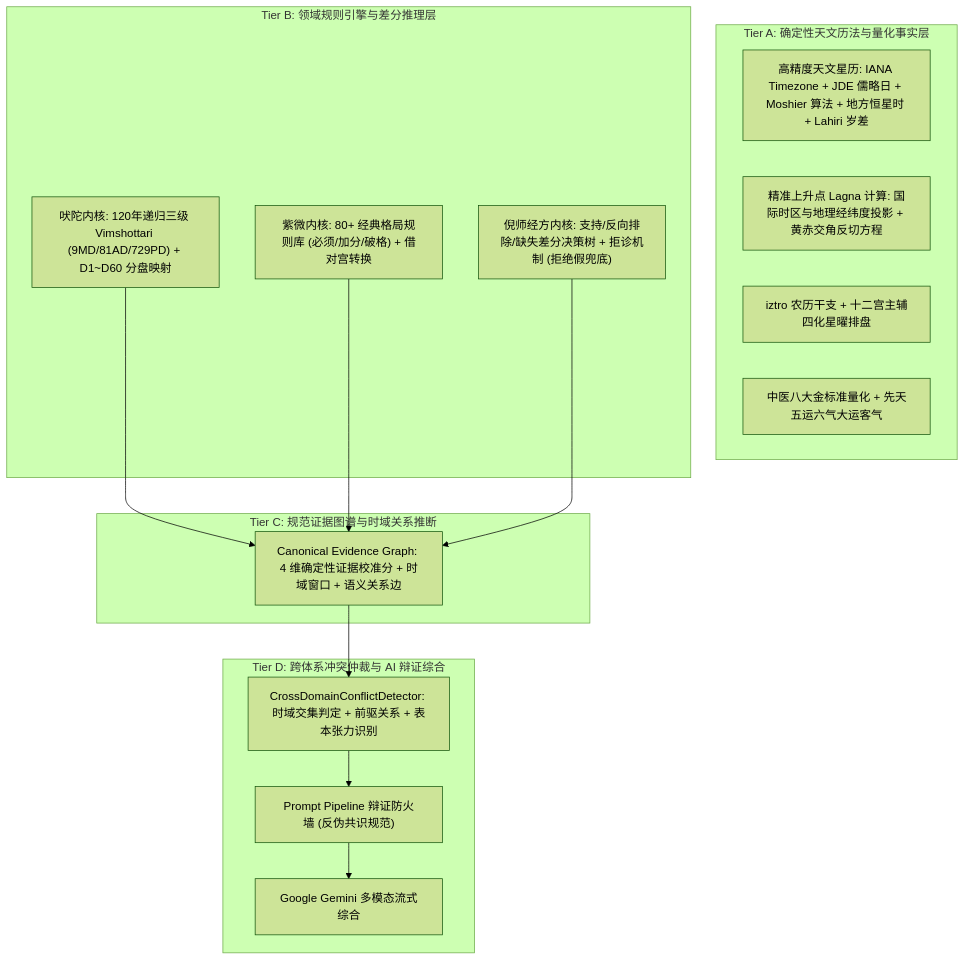
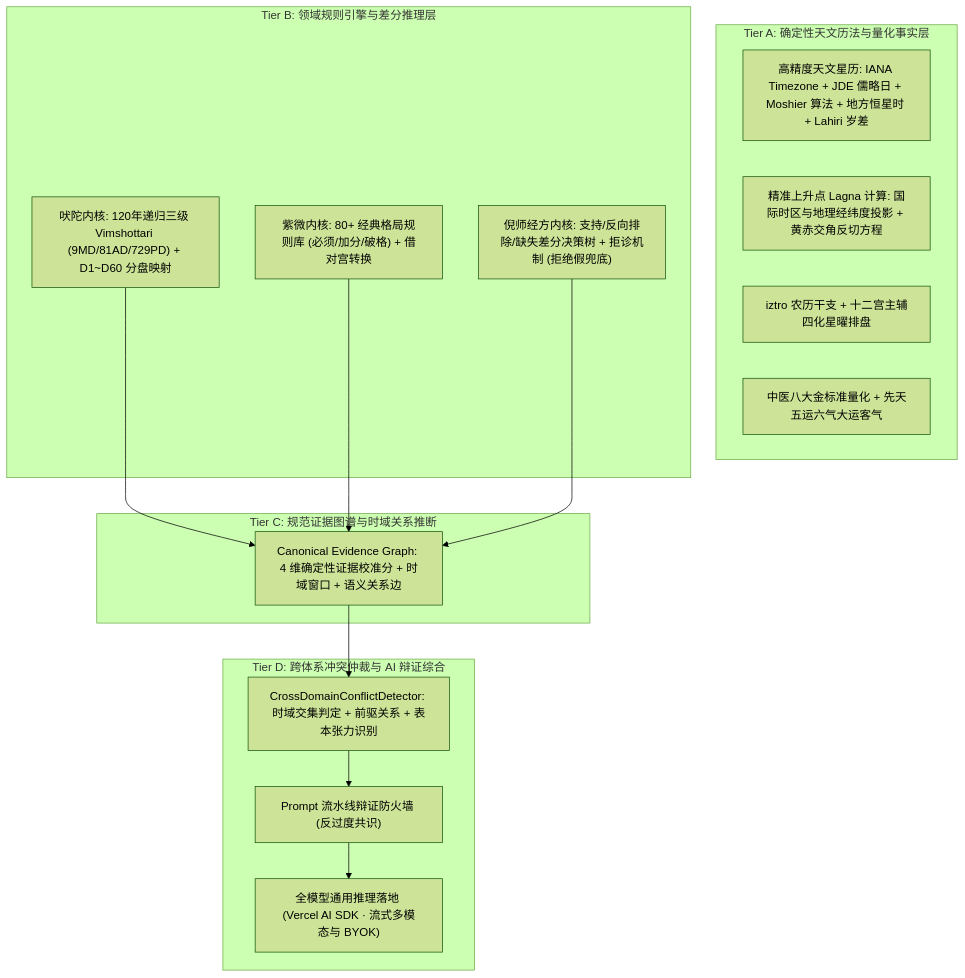
One commit to MeiSiristhebest/mystic changed the diagram in README_zh.md. Above: the diagram before and after it, drawn with Mermaid (forest theme). The commit also changed other lines of this file and 1 other file, not shown here.

Commit message:
docs(readme): update multi-model architecture, diagrams and environment setup

````diff
--- a/README_zh.md
+++ b/README_zh.md
@@ -81,29 +81,29 @@
 ```mermaid
 graph TD
     subgraph Layer1 [Tier A: 确定性天文历法与量化事实层]
         Ephem["高精度天文星历: IANA Timezone + JDE 儒略日 + Moshier 算法 + 地方恒星时 + Lahiri 岁差"]
         Asc["精准上升点 Lagna 计算: 国际时区与地理经纬度投影 + 黄赤交角反切方程"]
         Iztro["iztro 农历干支 + 十二宫主辅四化星曜排盘"]
         TcmStd["中医八大金标准量化 + 先天五运六气大运客气"]
     end
 
     subgraph Layer2 [Tier B: 领域规则引擎与差分推理层]
         V_Engine["吠陀内核: 120年递归三级 Vimshottari (9MD/81AD/729PD) + D1~D60 分盘映射"]
         Z_Engine["紫微内核: 80+ 经典格局规则库 (必须/加分/破格) + 借对宫转换"]
         T_Engine["倪师经方内核: 支持/反向排除/缺失差分决策树 + 拒诊机制 (拒绝假兜底)"]
     end
 
     subgraph Layer3 [Tier C: 规范证据图谱与时域关系推断]
         CEG["Canonical Evidence Graph: 4 维确定性证据校准分 + 时域窗口 + 语义关系边"]
         V_Engine --> CEG
         Z_Engine --> CEG
         T_Engine --> CEG
     end
 
     subgraph Layer4 [Tier D: 跨体系冲突仲裁与 AI 辩证综合]
         Arbitrator["CrossDomainConflictDetector: 时域交集判定 + 前驱关系 + 表本张力识别"]
         CEG --> Arbitrator
-        Arbitrator --> Firewall["Prompt Pipeline 辩证防火墙 (反伪共识规范)"]
-        Firewall --> LLM["Google Gemini 多模态流式综合"]
+        Arbitrator --> Firewall["Prompt 流水线辩证防火墙 (反过度共识)"]
+        Firewall --> LLM["全模型通用推理落地 (Vercel AI SDK · 流式多模态与 BYOK)"]
     end
 ```
````
